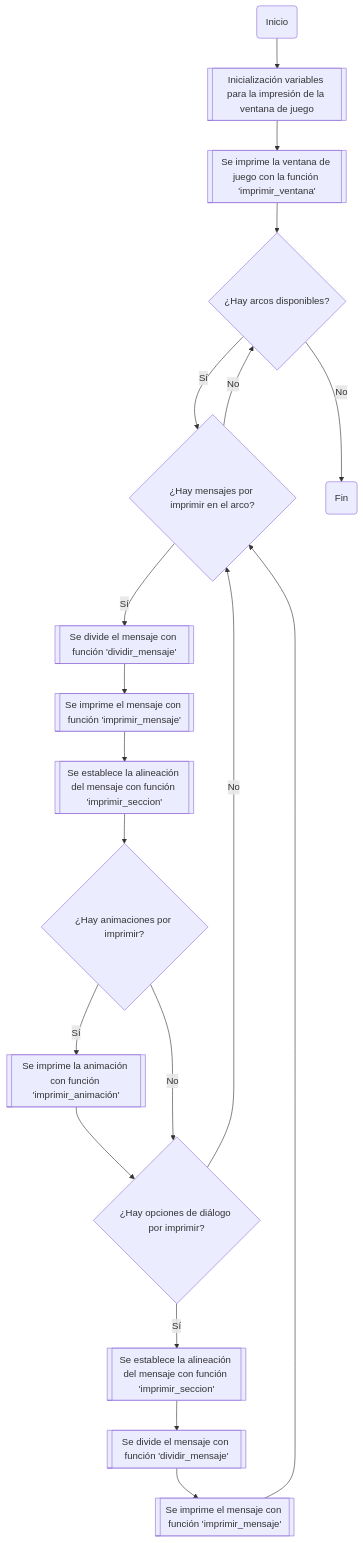
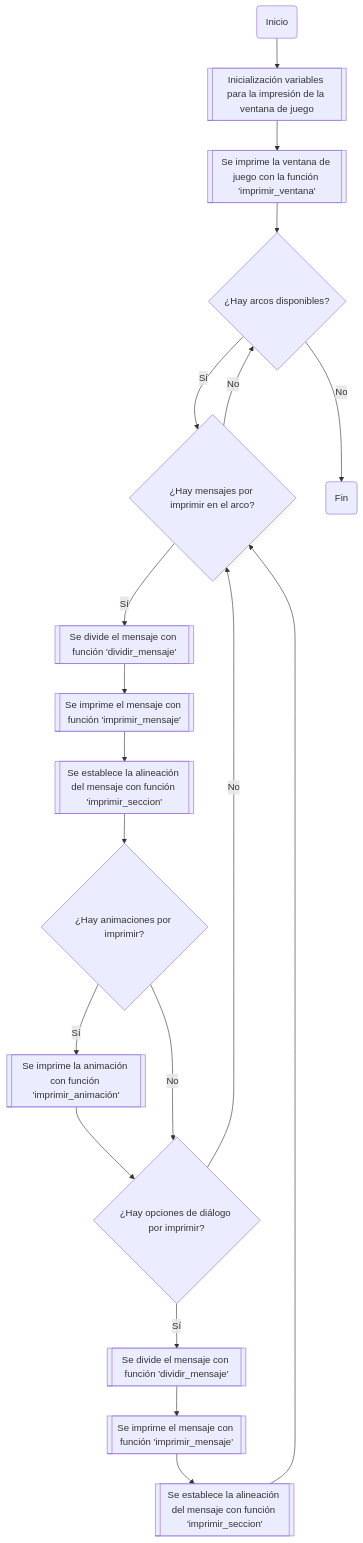
Before and after one commit to JuanJoToAl/Juego---Los_vivos_mienten: the first of 10 diagrams in README.md, drawn with Mermaid.

Commit message:
Actualización diagrama de flujo general

````diff
--- a/README.md
+++ b/README.md
@@ -29,21 +29,21 @@
 ```mermaid
 flowchart TB
     A(Inicio) --> B[[Inicialización variables para la impresión de la ventana de juego]]
     B --> C[["Se imprime la ventana de juego con la función 'imprimir_ventana'"]]
     C --> D{¿Hay arcos disponibles?}
     D-- Sí --> F{¿Hay mensajes por imprimir en el arco?}
         F -- Sí --> G[["Se divide el mensaje con función 'dividir_mensaje'"]]
             G --> H[["Se imprime el mensaje con función 'imprimir_mensaje'"]]
             H --> I[[Se establece la alineación del mensaje con función 'imprimir_seccion']]
             I --> J{¿Hay animaciones por imprimir?}
             J -- Sí --> K[["Se imprime la animación con función 'imprimir_animación'"]]
                 K --> L{¿Hay opciones de diálogo por imprimir?}
-                L -- Sí --> M[[Se establece la alineación del mensaje con función 'imprimir_seccion']]
-                    M --> N[["Se divide el mensaje con función 'dividir_mensaje'"]]
-                    N --> O[["Se imprime el mensaje con función 'imprimir_mensaje'"]]
+                L -- Sí --> M[["Se divide el mensaje con función 'dividir_mensaje'"]]
+                    M --> N[["Se imprime el mensaje con función 'imprimir_mensaje'"]]
+                    N --> O[[Se establece la alineación del mensaje con función 'imprimir_seccion']]
                     O --> F
                 L -- No --> F
             J -- No --> L
         F -- No --> D
     D -- No --> Z(Fin)
 ```
````
